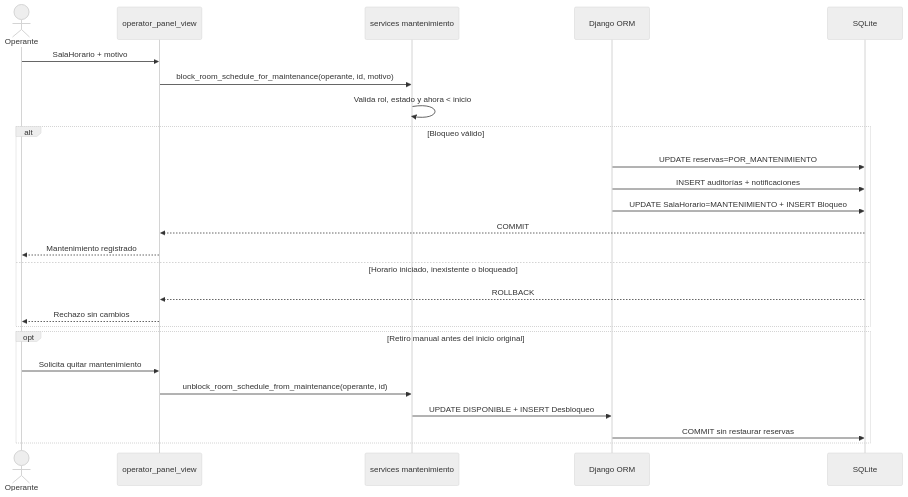
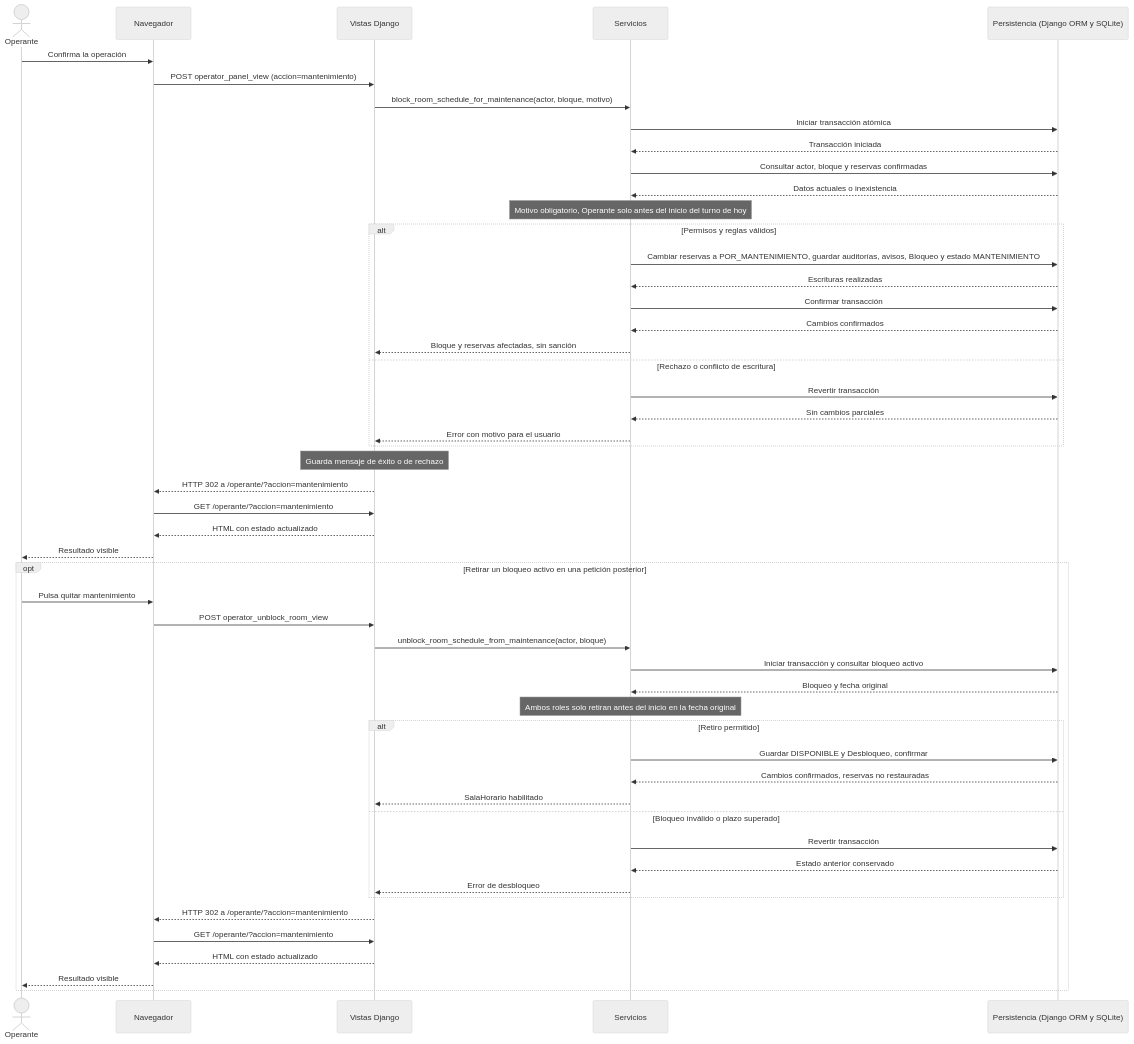
Before and after one commit to Sebas0032/SalaMandra: the seventh of 14 diagrams in docs/sesion-07-modelos.md, drawn with Mermaid (neutral theme). The commit also changed other lines of this file and 11 other files, not shown here.

Commit message:
Update architecture and test traceability documentation, reorganize use cases, fix diagrams, expand interaction flows, restore weekday-only reservations, consolidate redundant tests, and remove obsolete diagram images

````diff
--- a/docs/sesion-07-modelos.md
+++ b/docs/sesion-07-modelos.md
@@ -418,27 +450,53 @@
 ```mermaid
 sequenceDiagram
-    actor O as Operante
-    participant V as operator_panel_view
-    participant S as services mantenimiento
-    participant ORM as Django ORM
-    participant DB as SQLite
-    O->>V: SalaHorario + motivo
-    V->>S: block_room_schedule_for_maintenance(operante, id, motivo)
-    S->>S: Valida rol, estado y ahora < inicio
-    alt Bloqueo válido
-        ORM->>DB: UPDATE reservas=POR_MANTENIMIENTO
-        ORM->>DB: INSERT auditorías + notificaciones
-        ORM->>DB: UPDATE SalaHorario=MANTENIMIENTO + INSERT Bloqueo
-        DB-->>V: COMMIT
-        V-->>O: Mantenimiento registrado
-    else Horario iniciado, inexistente o bloqueado
-        DB-->>V: ROLLBACK
-        V-->>O: Rechazo sin cambios
+    actor U as Operante
+    participant B as Navegador
+    participant V as Vistas Django
+    participant S as Servicios
+    participant D as Persistencia (Django ORM y SQLite)
+    U->>B: Confirma la operación
+    B->>V: POST operator_panel_view (accion=mantenimiento)
+    V->>S: block_room_schedule_for_maintenance(actor, bloque, motivo)
+    S->>D: Iniciar transacción atómica
+    D-->>S: Transacción iniciada
+    S->>D: Consultar actor, bloque y reservas confirmadas
+    D-->>S: Datos actuales o inexistencia
+    Note over S: Motivo obligatorio, Operante solo antes del inicio del turno de hoy
+    alt Permisos y reglas válidos
+        S->>D: Cambiar reservas a POR_MANTENIMIENTO, guardar auditorías, avisos, Bloqueo y estado MANTENIMIENTO
+        D-->>S: Escrituras realizadas
+        S->>D: Confirmar transacción
+        D-->>S: Cambios confirmados
+        S-->>V: Bloque y reservas afectadas, sin sanción
+    else Rechazo o conflicto de escritura
+        S->>D: Revertir transacción
+        D-->>S: Sin cambios parciales
+        S-->>V: Error con motivo para el usuario
     end
-    opt Retiro manual antes del inicio original
-        O->>V: Solicita quitar mantenimiento
-        V->>S: unblock_room_schedule_from_maintenance(operante, id)
-        S->>ORM: UPDATE DISPONIBLE + INSERT Desbloqueo
-        ORM->>DB: COMMIT sin restaurar reservas
+    Note over V: Guarda mensaje de éxito o de rechazo
+    V-->>B: HTTP 302 a /operante/?accion=mantenimiento
+    B->>V: GET /operante/?accion=mantenimiento
+    V-->>B: HTML con estado actualizado
+    B-->>U: Resultado visible
+    opt Retirar un bloqueo activo en una petición posterior
+        U->>B: Pulsa quitar mantenimiento
+        B->>V: POST operator_unblock_room_view
+        V->>S: unblock_room_schedule_from_maintenance(actor, bloque)
+        S->>D: Iniciar transacción y consultar bloqueo activo
+        D-->>S: Bloqueo y fecha original
+        Note over S: Ambos roles solo retiran antes del inicio en la fecha original
+        alt Retiro permitido
+            S->>D: Guardar DISPONIBLE y Desbloqueo, confirmar
+            D-->>S: Cambios confirmados, reservas no restauradas
+            S-->>V: SalaHorario habilitado
+        else Bloqueo inválido o plazo superado
+            S->>D: Revertir transacción
+            D-->>S: Estado anterior conservado
+            S-->>V: Error de desbloqueo
+        end
+        V-->>B: HTTP 302 a /operante/?accion=mantenimiento
+        B->>V: GET /operante/?accion=mantenimiento
+        V-->>B: HTML con estado actualizado
+        B-->>U: Resultado visible
     end
 ```
````
